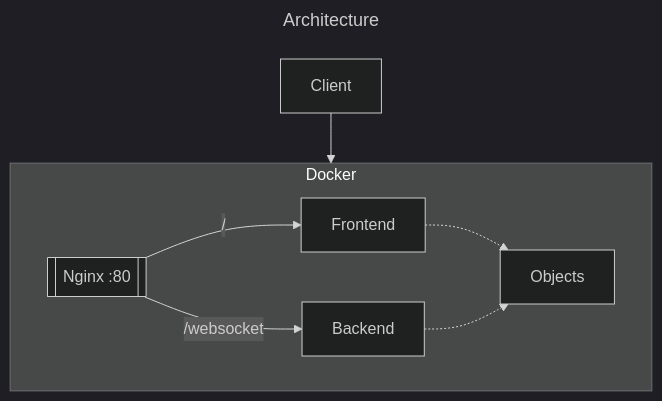
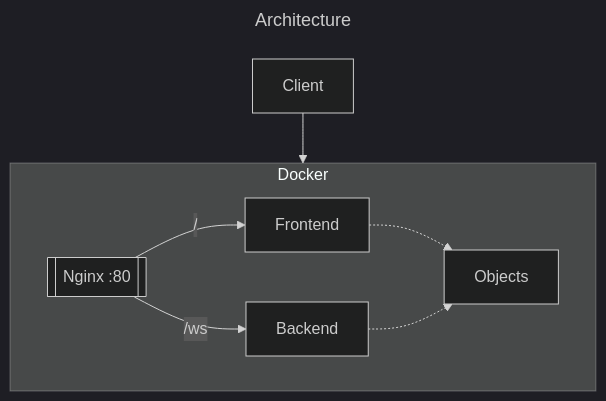
Before and after one commit to Fgdou/sr_project: the first of 2 diagrams in doc/design.md, drawn with Mermaid (dark theme).

````diff
--- a/doc/design.md
+++ b/doc/design.md
@@ -23,16 +23,16 @@
 ```mermaid
 ---
 title: Architecture
 ---
 flowchart TB
 
 subgraph Docker
 Nginx[[Nginx :80]] -- / --> Frontend
-Nginx -- /websocket --> Backend
+Nginx -- /ws --> Backend
 
 Frontend -.-> Objects
 Backend -.-> Objects
 end
 
 Client --> Docker
 ```
````
